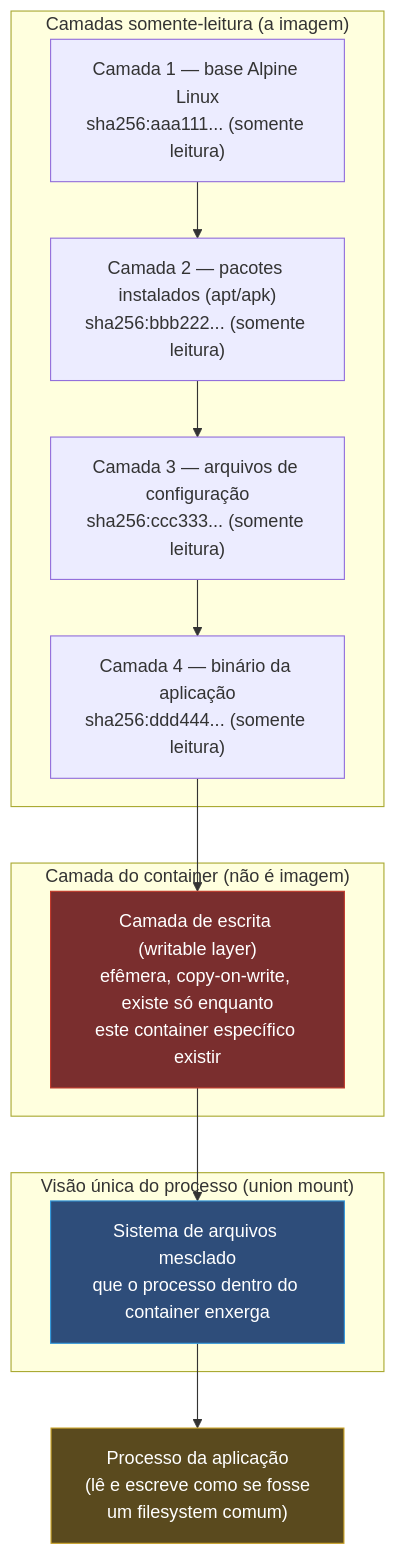
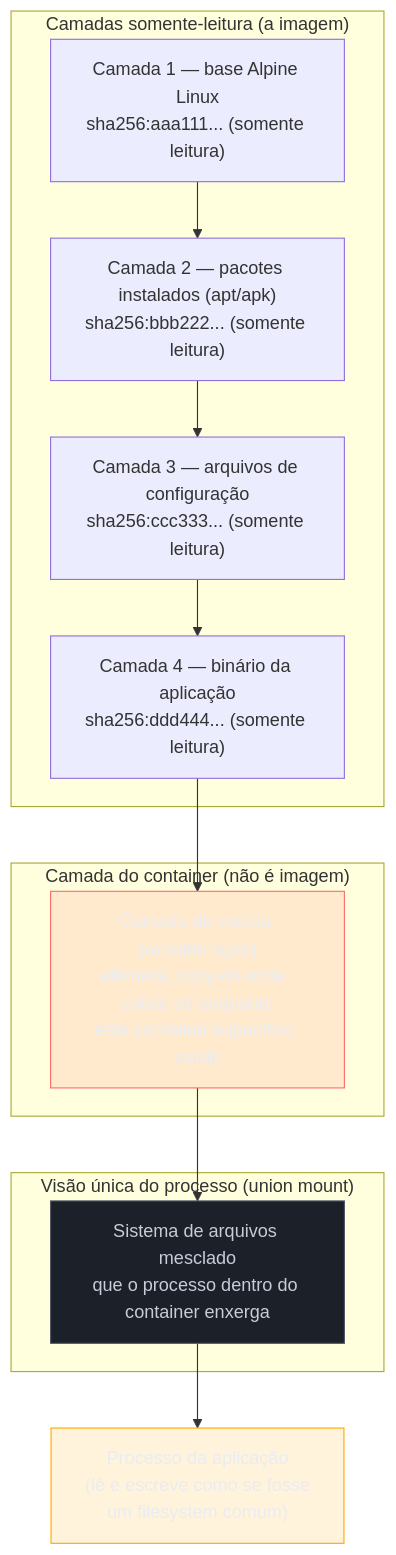
The first of 3 diagrams in 03-Dominios/Tecnologia/Infraestrutura/Docker/02 - A anatomia de uma imagem.md (josenaldo/codex-technomanticus), drawn with Mermaid before and after one commit. The commit also changed other lines of this file and 1181 other files, not shown here.

First line of the commit message:
fix(diagramas): paleta do sistema no lugar de cor cravada no markdown

````diff
--- a/03-Dominios/Tecnologia/Infraestrutura/Docker/02 - A anatomia de uma imagem.md
+++ b/03-Dominios/Tecnologia/Infraestrutura/Docker/02 - A anatomia de uma imagem.md
@@ -102,26 +102,29 @@
 ```mermaid
 graph TB
+    classDef falha fill:#FF6B6B24,stroke:#FF6B6B,color:#E9ECF2
+    classDef neutro fill:#1B2029,stroke:#4E5666,color:#C6CCD8
+    classDef destaque fill:#FFAA0024,stroke:#FFAA00,color:#E9ECF2
     subgraph "Visão única do processo (union mount)"
         M["Sistema de arquivos mesclado\nque o processo dentro do container enxerga"]
     end
 
     subgraph "Camadas somente-leitura (a imagem)"
         L1["Camada 1 — base Alpine Linux\nsha256:aaa111... (somente leitura)"]
         L2["Camada 2 — pacotes instalados (apt/apk)\nsha256:bbb222... (somente leitura)"]
         L3["Camada 3 — arquivos de configuração\nsha256:ccc333... (somente leitura)"]
         L4["Camada 4 — binário da aplicação\nsha256:ddd444... (somente leitura)"]
     end
 
     subgraph "Camada do container (não é imagem)"
         W["Camada de escrita (writable layer)\nefêmera, copy-on-write, existe só enquanto\neste container específico existir"]
     end
 
     L1 --> L2 --> L3 --> L4 --> W --> M
 
     P["Processo da aplicação\n(lê e escreve como se fosse\num filesystem comum)"]
     M --> P
 
-    style W fill:#7a2e2e,stroke:#c0392b,color:#fff
-    style M fill:#2e4d7a,stroke:#3498db,color:#fff
-    style P fill:#5a4a1e,stroke:#c9a227,color:#fff
+    class W falha
+    class M neutro
+    class P destaque
 ```
````
